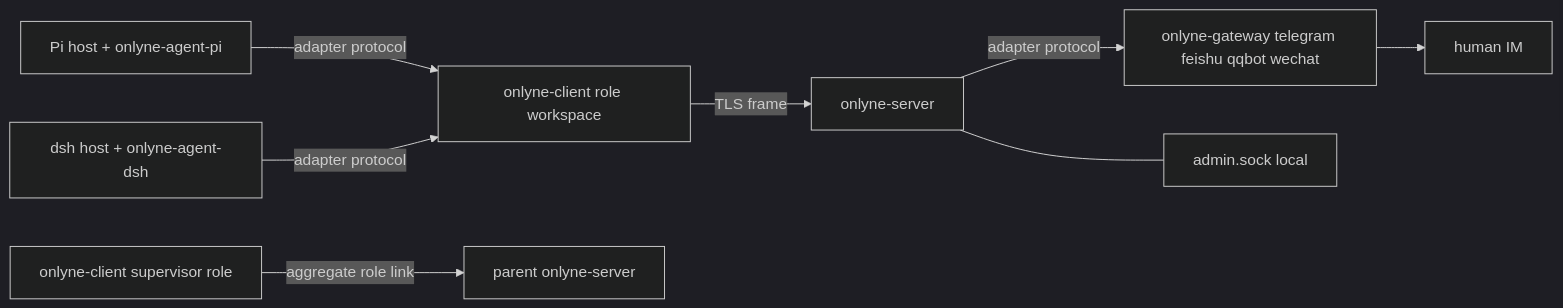
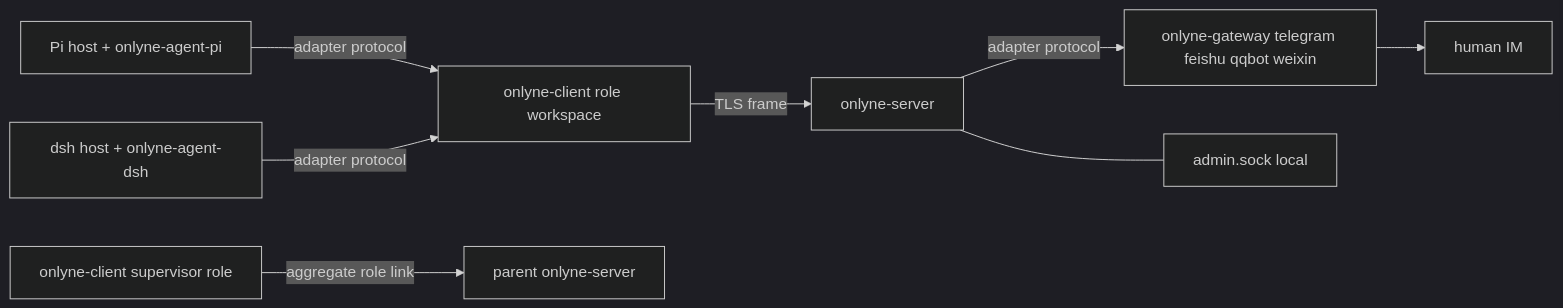
The diagram in README.md (dbydd/onlyne), drawn with Mermaid (dark theme) before and after one commit. The commit also changed other lines of this file and 316 other files, not shown here.

````diff
--- a/README.md
+++ b/README.md
@@ -9,10 +9,10 @@
 ```mermaid
 graph LR
   P[Pi host + onlyne-agent-pi] -->|adapter protocol| C[onlyne-client role workspace]
   D[dsh host + onlyne-agent-dsh] -->|adapter protocol| C
   C -->|TLS frame| S[onlyne-server]
-  S -->|adapter protocol| G[onlyne-gateway telegram feishu qqbot wechat]
+  S -->|adapter protocol| G[onlyne-gateway telegram feishu qqbot weixin]
   G --> H[human IM]
   C2[onlyne-client supervisor role] -->|aggregate role link| SP[parent onlyne-server]
   S --- SADM[admin.sock local]
 ```
````
